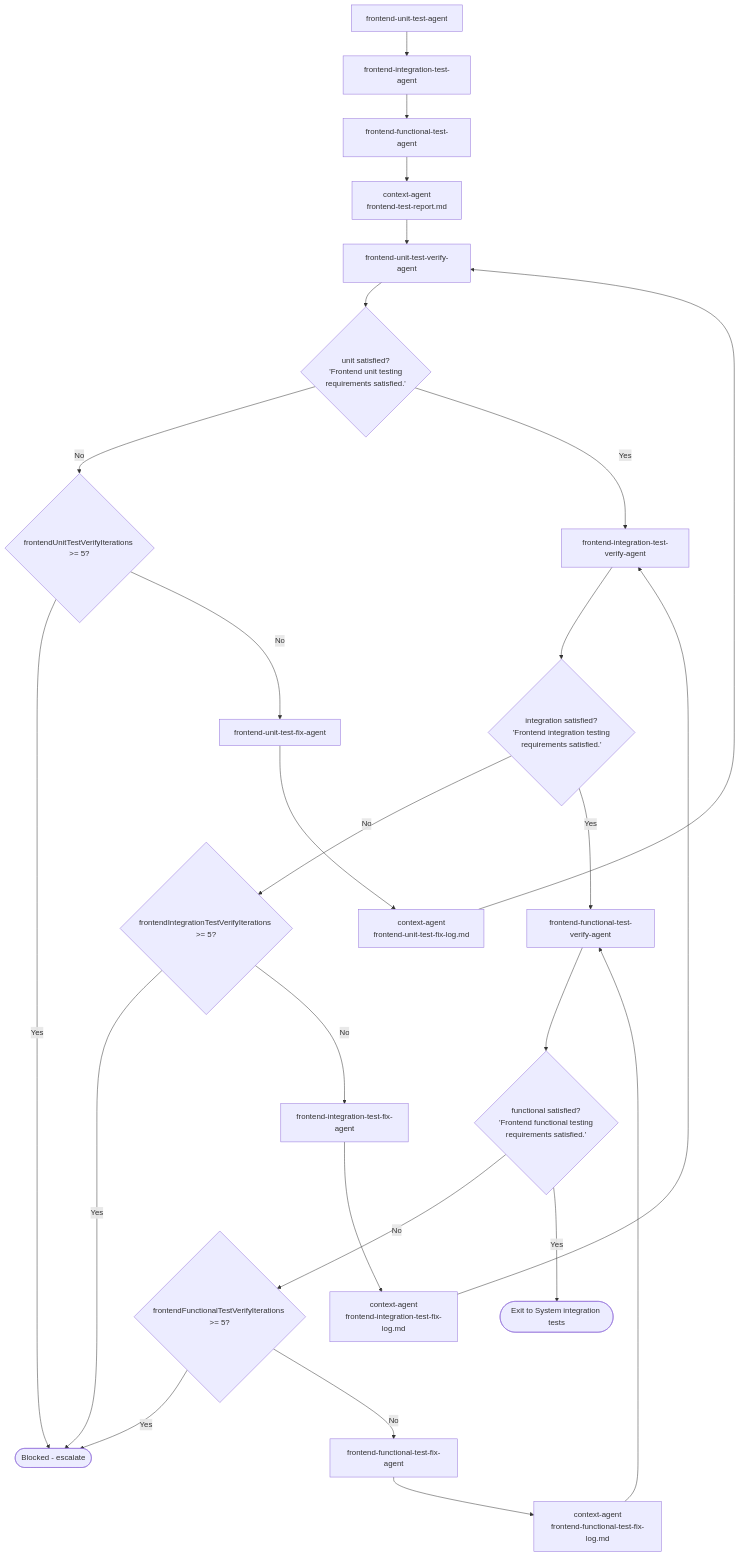
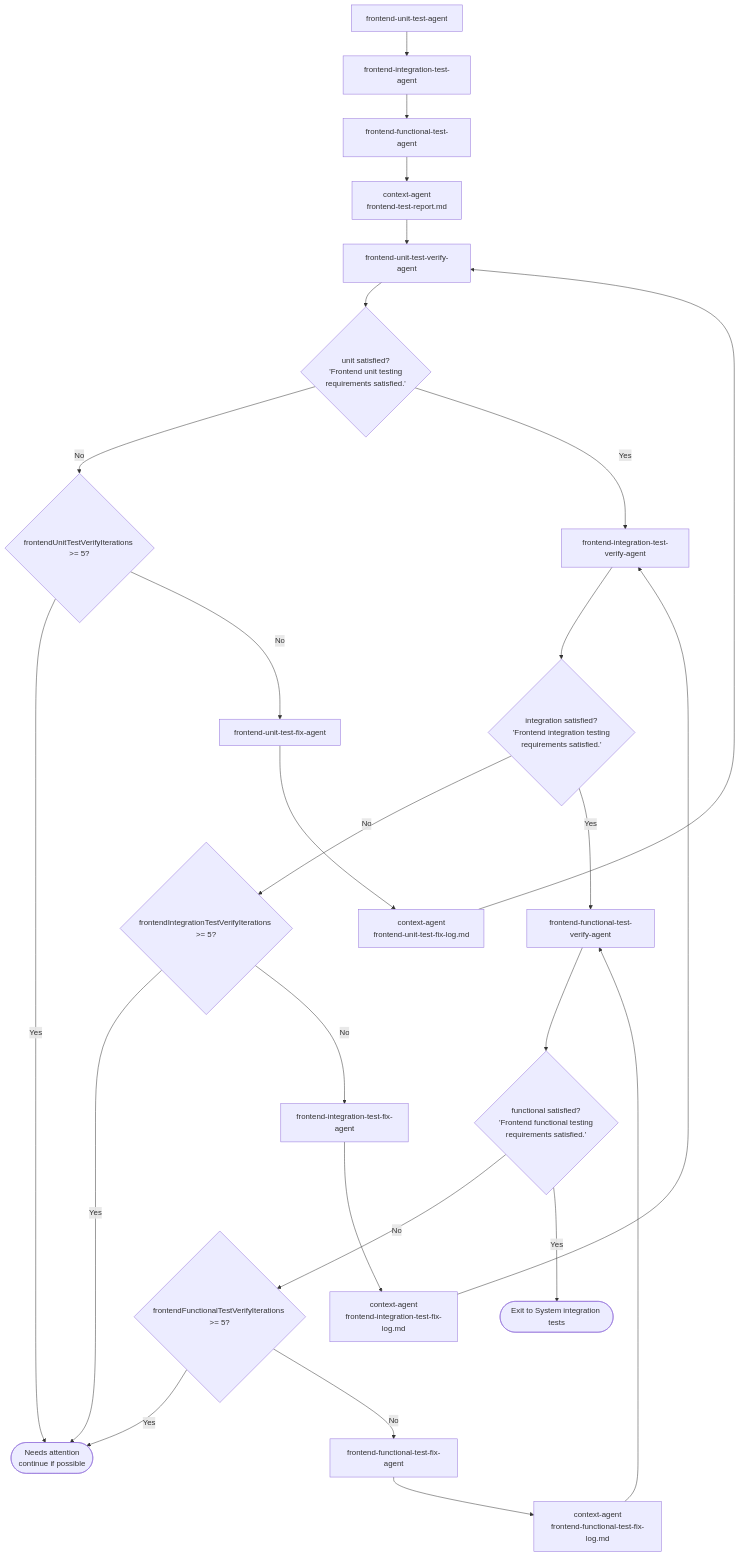
Before and after one commit to priyam-qo-box/agents: the ninth of 16 diagrams in .cursor/agents/ARCHITECTURE.md, drawn with Mermaid. The commit also changed other lines of this file and 6 other files, not shown here.

````diff
--- a/.cursor/agents/ARCHITECTURE.md
+++ b/.cursor/agents/ARCHITECTURE.md
@@ -449,24 +449,24 @@
 ```mermaid
 flowchart TB
     G1[frontend-unit-test-agent] --> G2[frontend-integration-test-agent] --> G3[frontend-functional-test-agent]
     G3 --> P["context-agent<br/>frontend-test-report.md"]
 
     P --> UA[frontend-unit-test-verify-agent]
     UA --> UB{"unit satisfied?<br/>'Frontend unit testing<br/>requirements satisfied.'"}
     UB -->|No| UD{frontendUnitTestVerifyIterations >= 5?}
-    UD -->|Yes| Stop([Blocked - escalate])
+    UD -->|Yes| Stop([Needs attention<br/>continue if possible])
     UD -->|No| UE[frontend-unit-test-fix-agent] --> UF["context-agent<br/>frontend-unit-test-fix-log.md"] --> UA
     UB -->|Yes| IA[frontend-integration-test-verify-agent]
 
     IA --> IB{"integration satisfied?<br/>'Frontend integration testing<br/>requirements satisfied.'"}
     IB -->|No| ID{frontendIntegrationTestVerifyIterations >= 5?}
     ID -->|Yes| Stop
     ID -->|No| IE[frontend-integration-test-fix-agent] --> IF["context-agent<br/>frontend-integration-test-fix-log.md"] --> IA
     IB -->|Yes| FA[frontend-functional-test-verify-agent]
 
     FA --> FB{"functional satisfied?<br/>'Frontend functional testing<br/>requirements satisfied.'"}
     FB -->|No| FD{frontendFunctionalTestVerifyIterations >= 5?}
     FD -->|Yes| Stop
     FD -->|No| FE[frontend-functional-test-fix-agent] --> FF["context-agent<br/>frontend-functional-test-fix-log.md"] --> FA
     FB -->|Yes| Exit([Exit to System integration tests])
 ```
````
